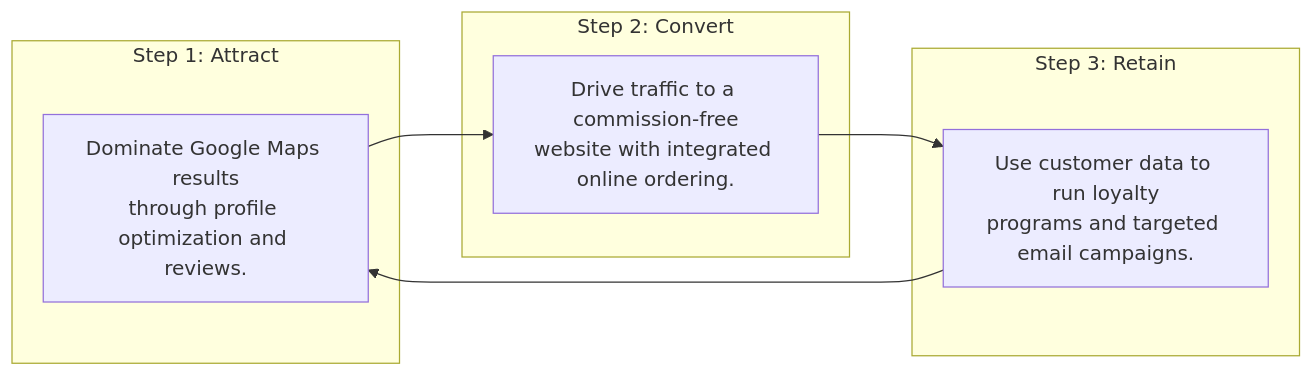
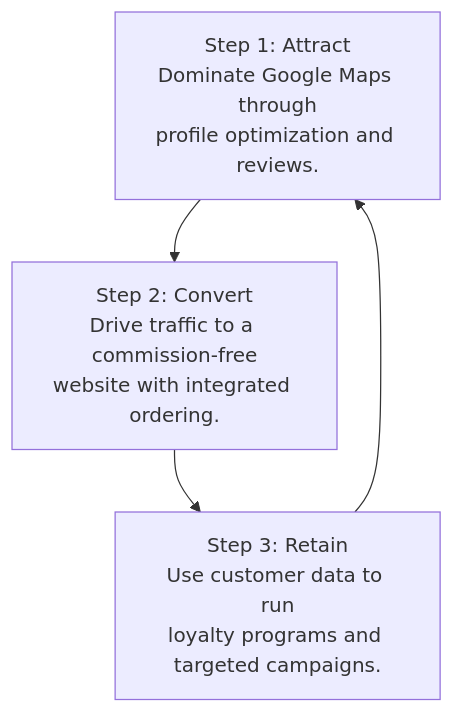
Before and after one commit to cheaplightstore/restaurant: the diagram in articles/restaurant-marketing-plan-2025.md, drawn with Mermaid.

Commit message:
fix: Redesign marketing flywheel chart for maximum compatibility

````diff
--- a/articles/restaurant-marketing-plan-2025.md
+++ b/articles/restaurant-marketing-plan-2025.md
@@ -38,13 +38,6 @@
 ```mermaid
-graph LR
-    subgraph "Step 1: Attract"
-        A["Dominate Google Maps results<br/>through profile optimization and reviews."]
-    end
-    subgraph "Step 2: Convert"
-        B["Drive traffic to a commission-free<br/>website with integrated online ordering."]
-    end
-    subgraph "Step 3: Retain"
-        C["Use customer data to run loyalty<br/>programs and targeted email campaigns."]
-    end
-    A --> B --> C --> A
+graph TD
+    A["Step 1: Attract<br>Dominate Google Maps through<br>profile optimization and reviews."] --> B
+    B["Step 2: Convert<br>Drive traffic to a commission-free<br>website with integrated ordering."] --> C
+    C["Step 3: Retain<br>Use customer data to run<br>loyalty programs and targeted campaigns."] --> A
 ```
````
